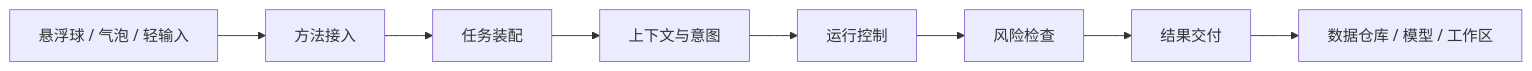
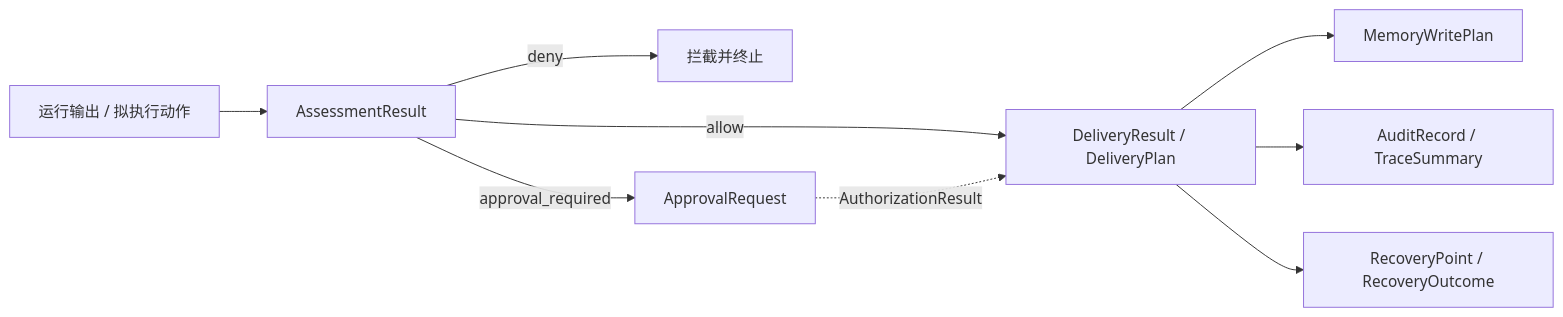
Before and after one commit to Blackcloudss/CialloClaw: diagram 13 of 20 in docs/architecture-overview.md, drawn with Mermaid. The commit also changed other lines of this file, not shown here.

Commit message:
Update architecture design document

````diff
--- a/docs/architecture-overview.md
+++ b/docs/architecture-overview.md
@@ -669,14 +773,11 @@
 ```mermaid
 flowchart LR
-    A[悬浮球 / 气泡 / 轻输入]
-    B[方法接入]
-    C[任务装配]
-    D[上下文与意图]
-    E[运行控制]
-    F[风险检查]
-    G[结果交付]
-    H[数据仓库 / 模型 / 工作区]
-
-    A --> B --> C --> D --> E
-    E --> F --> G --> H
+    RO[运行输出 / 拟执行动作] --> RK[AssessmentResult]
+    RK -->|deny| BLK[拦截并终止]
+    RK -->|approval_required| AP[ApprovalRequest]
+    RK -->|allow| DL[DeliveryResult / DeliveryPlan]
+    AP -. AuthorizationResult .-> DL
+    DL --> MW[MemoryWritePlan]
+    DL --> AR[AuditRecord / TraceSummary]
+    DL --> RP[RecoveryPoint / RecoveryOutcome]
 ```
````
